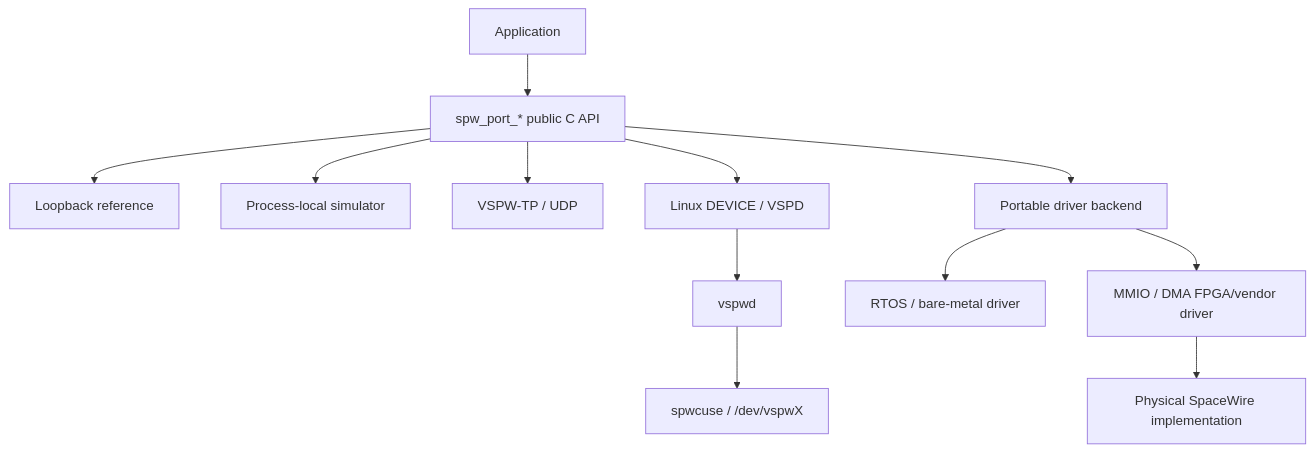
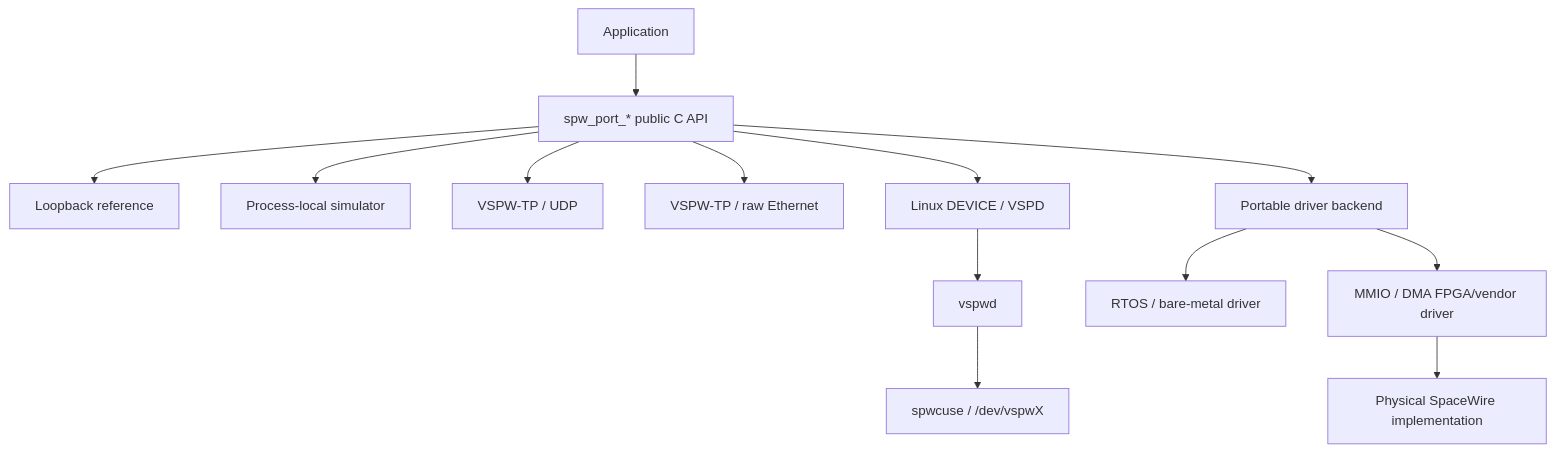
One commit to ExoSpaceLabs/spwkit changed the first of 5 diagrams in README.md. Above: the diagram before and after it, drawn with Mermaid. The commit also changed other lines of this file, not shown here.

````diff
--- a/README.md
+++ b/README.md
@@ -12,14 +12,15 @@
 ```mermaid
 flowchart TB
     APP["Application"] --> API["spw_port_* public C API"]
     API --> LOOP["Loopback reference"]
     API --> SIM["Process-local simulator"]
     API --> UDP["VSPW-TP / UDP"]
+    API --> RAW["VSPW-TP / raw Ethernet"]
     API --> DEV["Linux DEVICE / VSPD"]
     DEV --> VSPWD["vspwd"]
     VSPWD --> CUSE["spwcuse / /dev/vspwX"]
     API --> DRIVER["Portable driver backend"]
     DRIVER --> RTOS["RTOS / bare-metal driver"]
     DRIVER --> FPGA["MMIO / DMA FPGA/vendor driver"]
     FPGA --> PHY["Physical SpaceWire implementation"]
 ```
````
